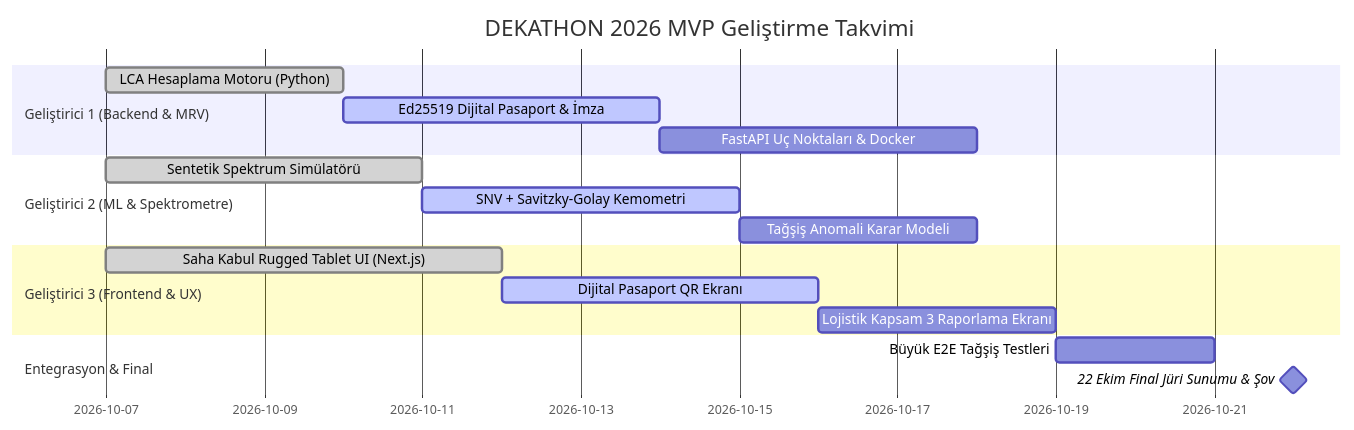
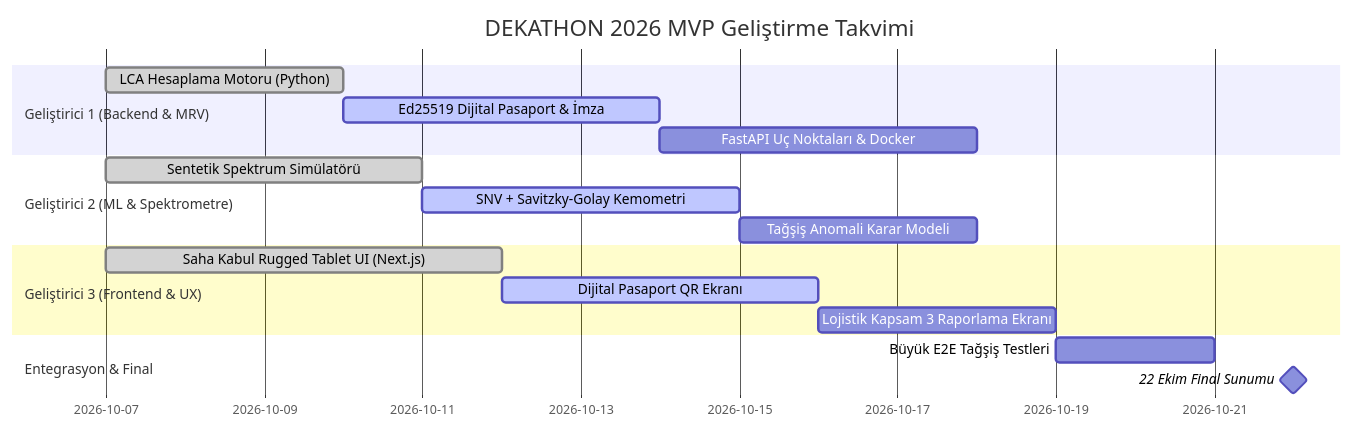
One commit to cirutsohtorik/biopass360 changed the fourth of 4 diagrams in docs/DEKATHON2026_BIOPASS360_PROJE_DOSYASI.md. Above: the diagram before and after it, drawn with Mermaid. The commit also changed other lines of this file and 6 other files, not shown here.

````diff
--- a/docs/DEKATHON2026_BIOPASS360_PROJE_DOSYASI.md
+++ b/docs/DEKATHON2026_BIOPASS360_PROJE_DOSYASI.md
@@ -276,20 +279,20 @@
 ```mermaid
 gantt
     title DEKATHON 2026 MVP Geliştirme Takvimi
     dateFormat  YYYY-MM-DD
     section Geliştirici 1 (Backend & MRV)
     LCA Hesaplama Motoru (Python)       :done,    2026-10-07, 2026-10-10
     Ed25519 Dijital Pasaport & İmza     :active,  2026-10-10, 2026-10-14
     FastAPI Uç Noktaları & Docker       :         2026-10-14, 2026-10-18
     section Geliştirici 2 (ML & Spektrometre)
     Sentetik Spektrum Simülatörü        :done,    2026-10-07, 2026-10-11
     SNV + Savitzky-Golay Kemometri      :active,  2026-10-11, 2026-10-15
     Tağşiş Anomali Karar Modeli         :         2026-10-15, 2026-10-18
     section Geliştirici 3 (Frontend & UX)
     Saha Kabul Rugged Tablet UI (Next.js):done,   2026-10-07, 2026-10-12
     Dijital Pasaport QR Ekranı          :active,  2026-10-12, 2026-10-16
     Lojistik Kapsam 3 Raporlama Ekranı  :         2026-10-16, 2026-10-19
     section Entegrasyon & Final
     Büyük E2E Tağşiş Testleri           :         2026-10-19, 2026-10-21
-    22 Ekim Final Jüri Sunumu & Şov     :milestone, 2026-10-22, 2026-10-22
+    22 Ekim Final Sunumu     :milestone, 2026-10-22, 2026-10-22
 ```
````
